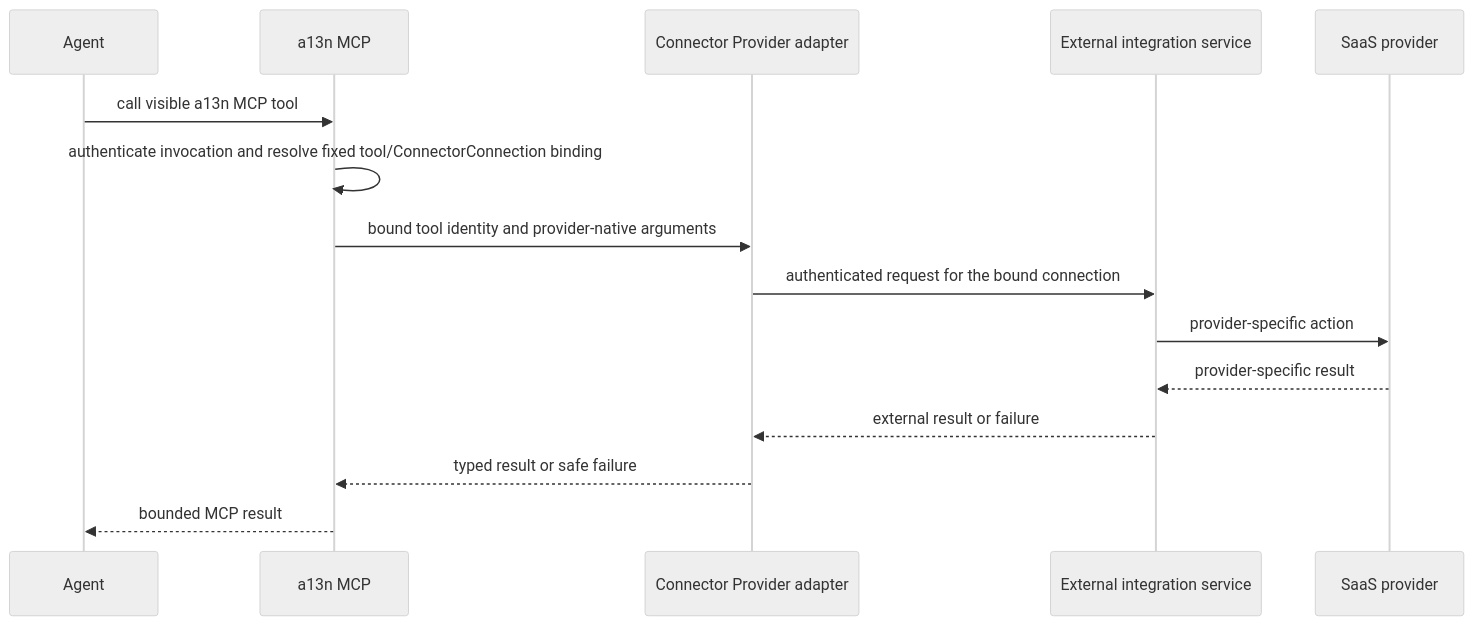
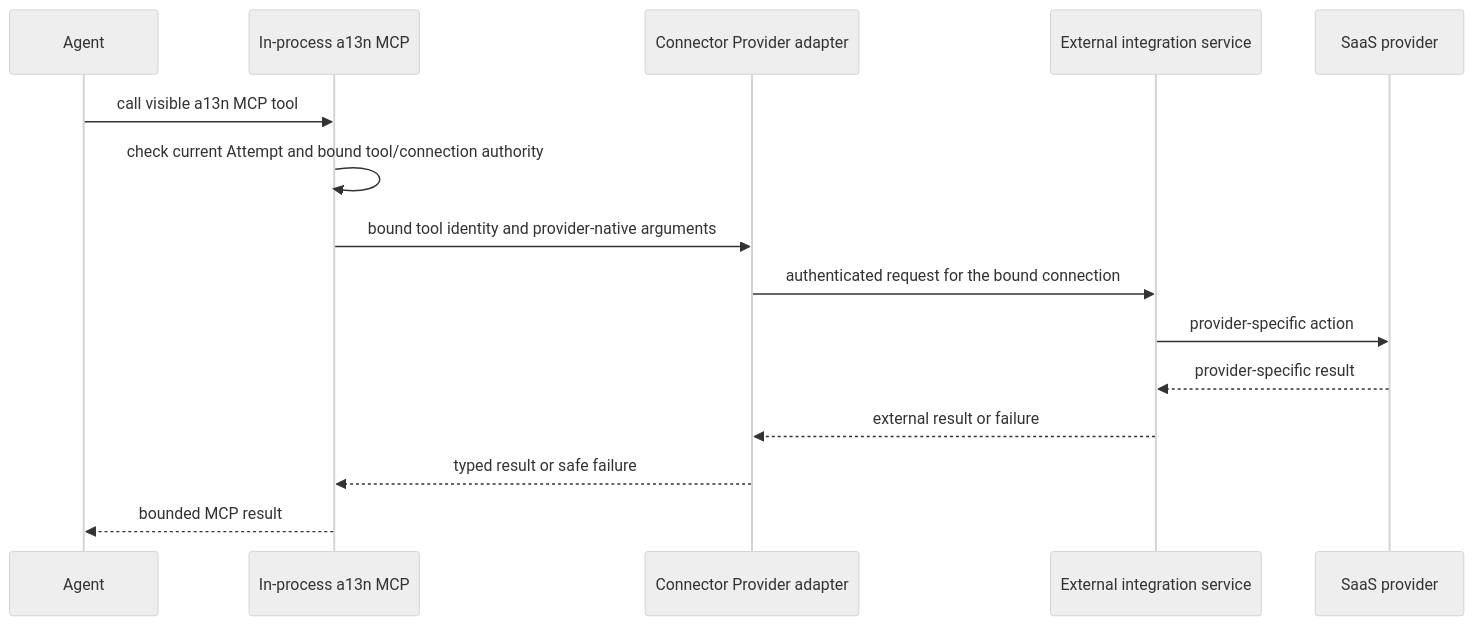
The diagram in spec/foundation-service/40-connectivity/03-connectors-and-connections.md (LTThreeComma/agent-foundation), drawn with Mermaid (neutral theme) before and after one commit. The commit also changed other lines of this file and 125 other files, not shown here.

````diff
--- a/spec/foundation-service/40-connectivity/03-connectors-and-connections.md
+++ b/spec/foundation-service/40-connectivity/03-connectors-and-connections.md
@@ -173,18 +172,18 @@
 ```mermaid
 sequenceDiagram
     participant Agent
-    participant MCP as a13n MCP
+    participant MCP as In-process a13n MCP
     participant Adapter as Connector Provider adapter
     participant Service as External integration service
     participant Provider as SaaS provider
 
     Agent->>MCP: call visible a13n MCP tool
-    MCP->>MCP: authenticate invocation and resolve fixed tool/ConnectorConnection binding
+    MCP->>MCP: check current Attempt and bound tool/connection authority
     MCP->>Adapter: bound tool identity and provider-native arguments
     Adapter->>Service: authenticated request for the bound connection
     Service->>Provider: provider-specific action
     Provider-->>Service: provider-specific result
     Service-->>Adapter: external result or failure
     Adapter-->>MCP: typed result or safe failure
     MCP-->>Agent: bounded MCP result
 ```
````
